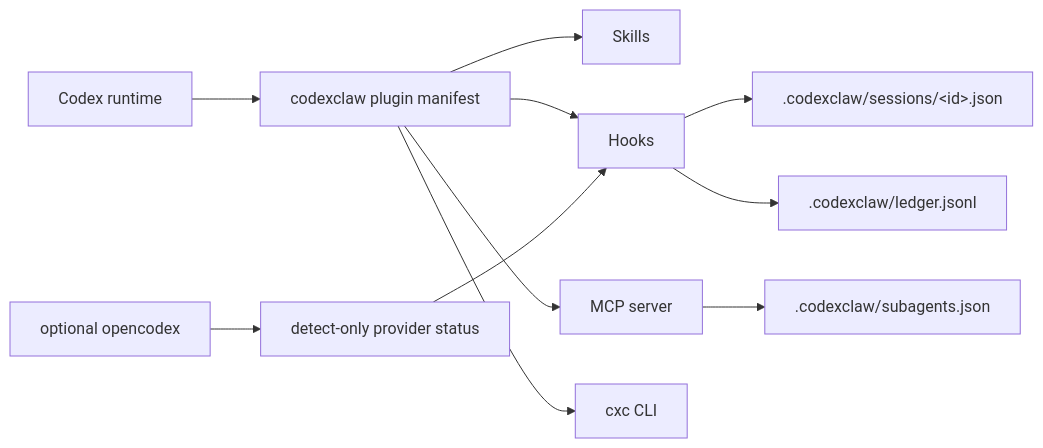
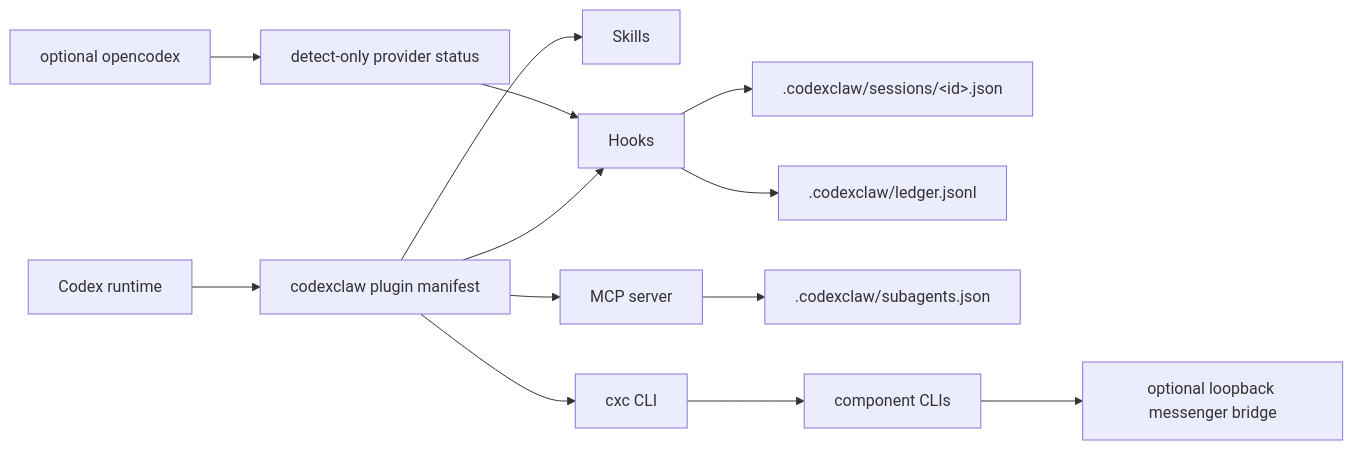
One commit to lidge-jun/codexclaw changed the diagram in docs-site/src/content/docs/concepts/how-it-works.md. Above: the diagram before and after it, drawn with Mermaid. The commit also changed other lines of this file and 6 other files, not shown here.

Commit message:
docs(site): messenger bridge guide + guides/concepts sync — 23 skills, scoped server exception

````diff
--- a/docs-site/src/content/docs/concepts/how-it-works.md
+++ b/docs-site/src/content/docs/concepts/how-it-works.md
@@ -9,13 +9,15 @@
 ```mermaid
 flowchart LR
   A["Codex runtime"] --> B["codexclaw plugin manifest"]
   B --> C["Skills"]
   B --> D["Hooks"]
   B --> E["MCP server"]
   B --> F["cxc CLI"]
   D --> G[".codexclaw/sessions/&lt;id&gt;.json"]
   D --> H[".codexclaw/ledger.jsonl"]
   E --> I[".codexclaw/subagents.json"]
   J["optional opencodex"] --> K["detect-only provider status"]
   K --> D
+  F --> L["component CLIs"]
+  L --> M["optional loopback messenger bridge"]
 ```
````
